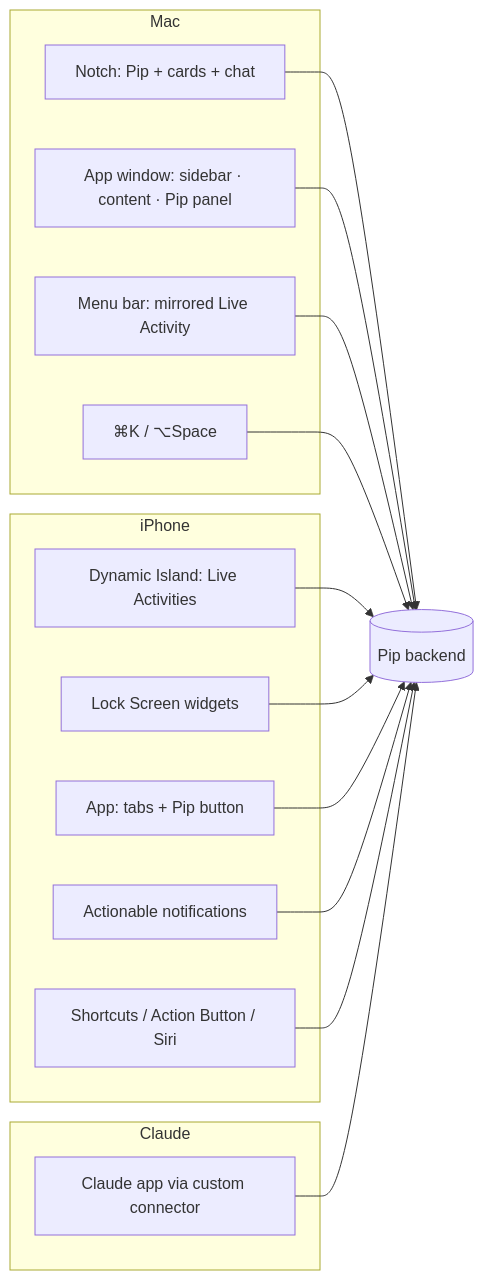
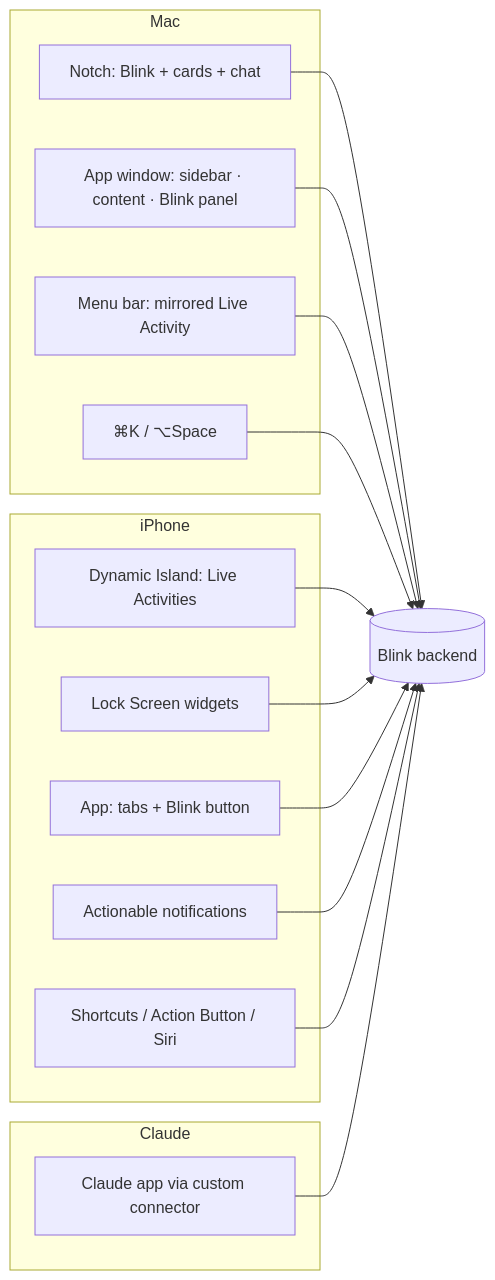
The first of 5 diagrams in ARCHITECTURE.md (ux-abhi/idea1), drawn with Mermaid before and after one commit. The commit also changed other lines of this file and 5 other files, not shown here.

First line of the commit message:
Rename the assistant from Pip to Blink; add week-at-a-time posting

````diff
--- a/ARCHITECTURE.md
+++ b/ARCHITECTURE.md
@@ -108,20 +108,20 @@
 ```mermaid
 flowchart LR
   subgraph Mac
-    N[Notch: Pip + cards + chat]
-    W[App window: sidebar · content · Pip panel]
+    N[Notch: Blink + cards + chat]
+    W[App window: sidebar · content · Blink panel]
     MB[Menu bar: mirrored Live Activity]
     HK[⌘K / ⌥Space]
   end
   subgraph iPhone
     DI[Dynamic Island: Live Activities]
     LS[Lock Screen widgets]
-    APP[App: tabs + Pip button]
+    APP[App: tabs + Blink button]
     NOTIF[Actionable notifications]
     SC[Shortcuts / Action Button / Siri]
   end
   subgraph Claude
     CA[Claude app via custom connector]
   end
-  N & W & MB & HK & DI & LS & APP & NOTIF & SC & CA --> B[(Pip backend)]
+  N & W & MB & HK & DI & LS & APP & NOTIF & SC & CA --> B[(Blink backend)]
 ```
````
